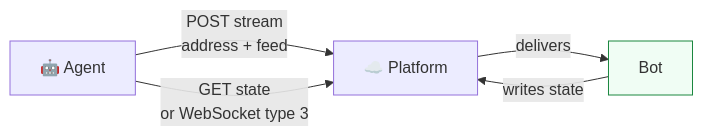
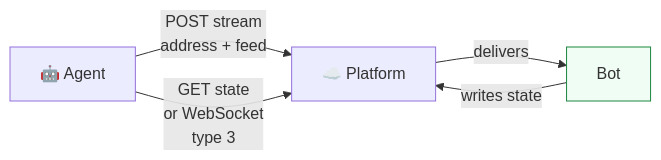
The diagram in agent_kit/07_bots_and_state.md (CareDailyAI/docs), drawn with Mermaid before and after one commit. The commit also changed 30 other files, not shown here.

First line of the commit message:
Diagrams: wrap every flowchart label to short rows so Chrome stops clipping them

````diff
--- a/agent_kit/07_bots_and_state.md
+++ b/agent_kit/07_bots_and_state.md
@@ -18,8 +18,8 @@
 ```mermaid
 flowchart LR
     A["🤖 Agent"] -->|"POST stream<br/>address + feed"| P["☁️ Platform"]
     P -->|"delivers"| B["Bot"]
     B -->|"writes state"| P
-    A -->|"GET state<br/>or WebSocket type 3"| P
+    A -->|"GET state<br/>or WebSocket<br/>type 3"| P
     style B fill:#f0fdf4,stroke:#1b873f
 ```
````
